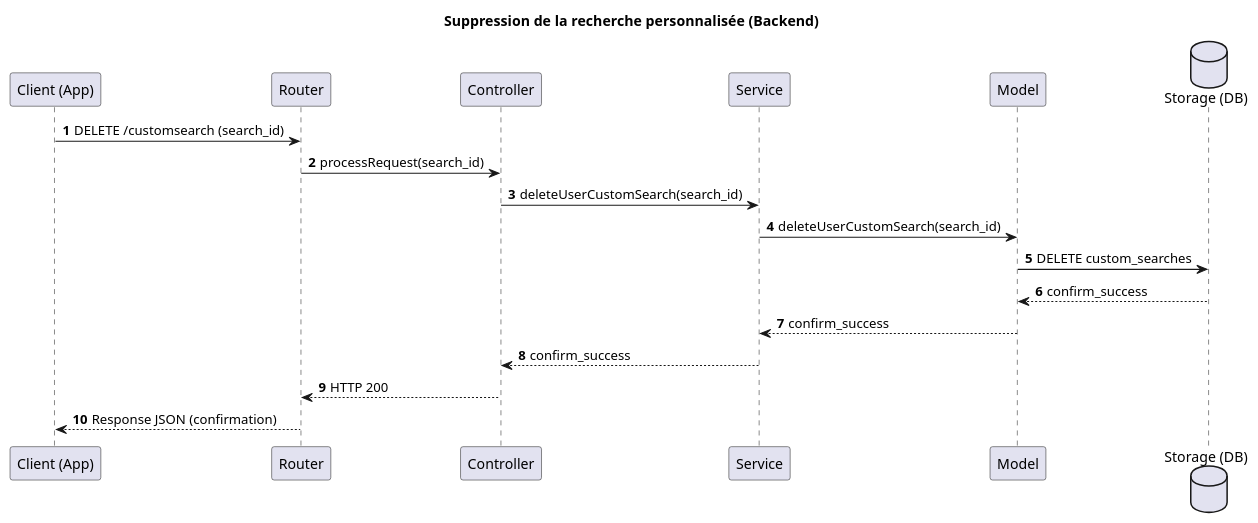
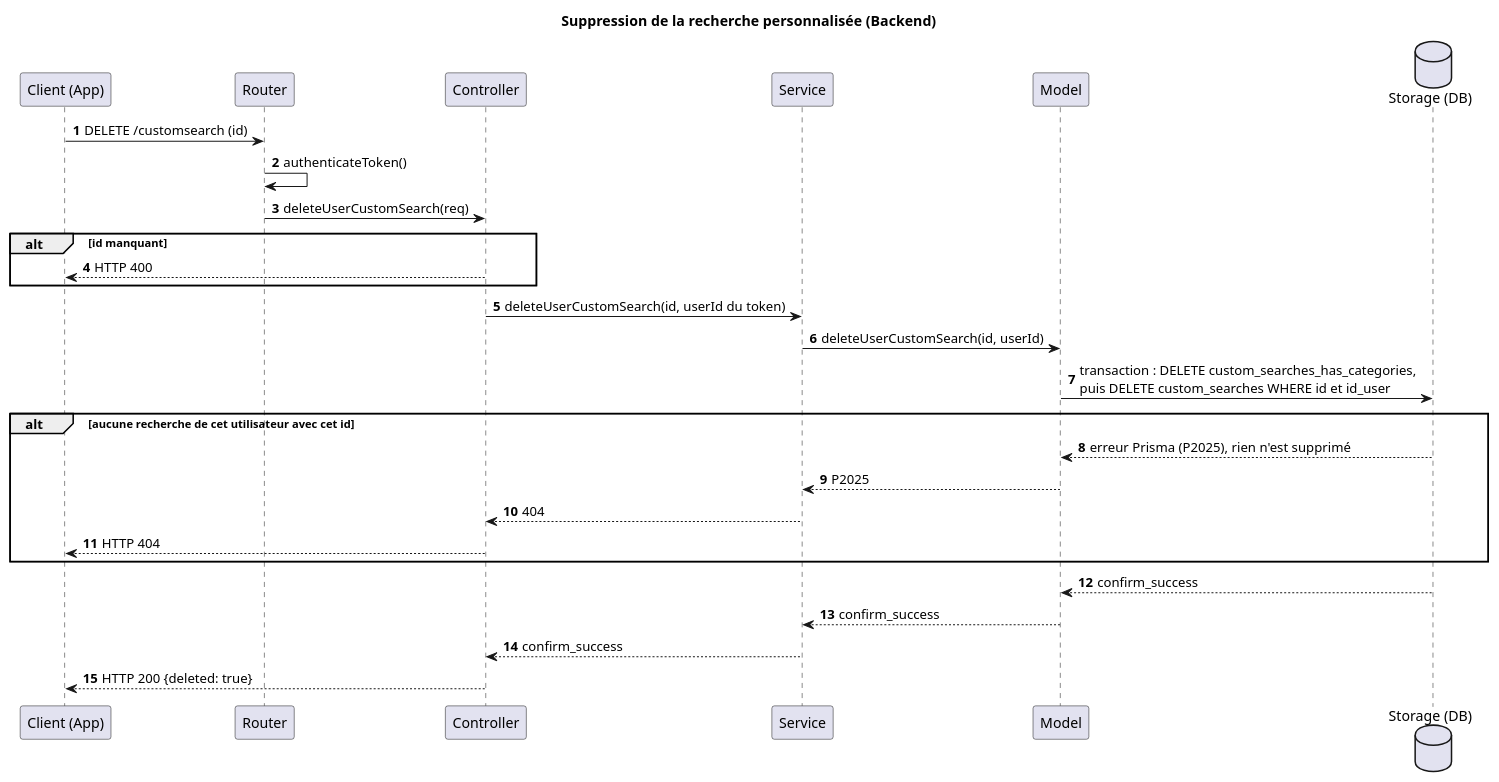
One commit to TPI2026-NewsGenerator/NewsGenerator-Backend changed the diagram in docs/UML/search-history-delete-diagram.puml. Above: the diagram before and after it, drawn with PlantUML. The commit also changed 44 other files, not shown here.

First line of the commit message:
Split the class diagram per feature and draw the sequences of sprint 4

```diff
--- a/docs/UML/search-history-delete-diagram.puml
+++ b/docs/UML/search-history-delete-diagram.puml
@@ -1,24 +1,33 @@
 @startuml
 title Suppression de la recherche personnalisée (Backend)
 autonumber
 
 participant "Client (App)" as Client
 participant "Router" as Router
 participant "Controller" as Controller
 participant "Service" as Service
 participant "Model" as Model
 database "Storage (DB)" as Storage
 
 
-Client -> Router : DELETE /customsearch (search_id)
-Router -> Controller : processRequest(search_id)
-Controller -> Service : deleteUserCustomSearch(search_id)
-Service -> Model : deleteUserCustomSearch(search_id)
-Model -> Storage : DELETE custom_searches
+Client -> Router : DELETE /customsearch (id)
+Router -> Router : authenticateToken()
+Router -> Controller : deleteUserCustomSearch(req)
+alt id manquant
+    Controller --> Client : HTTP 400
+end
+Controller -> Service : deleteUserCustomSearch(id, userId du token)
+Service -> Model : deleteUserCustomSearch(id, userId)
+Model -> Storage : transaction : DELETE custom_searches_has_categories,\npuis DELETE custom_searches WHERE id et id_user
+alt aucune recherche de cet utilisateur avec cet id
+    Storage --> Model : erreur Prisma (P2025), rien n'est supprimé
+    Model --> Service : P2025
+    Service --> Controller : 404
+    Controller --> Client : HTTP 404
+end
 Storage --> Model : confirm_success
 Model --> Service : confirm_success
 Service --> Controller : confirm_success
-Controller --> Router : HTTP 200
-Router --> Client : Response JSON (confirmation)
+Controller --> Client : HTTP 200 {deleted: true}
 
 @enduml
```
